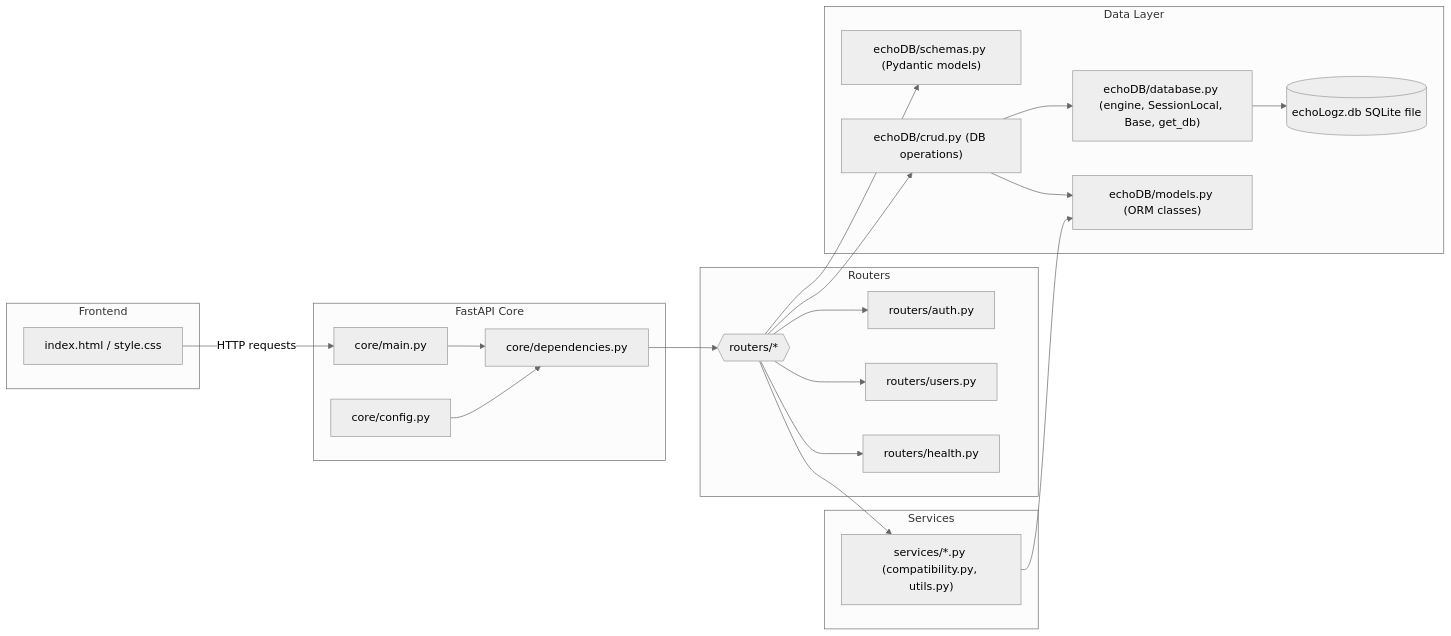
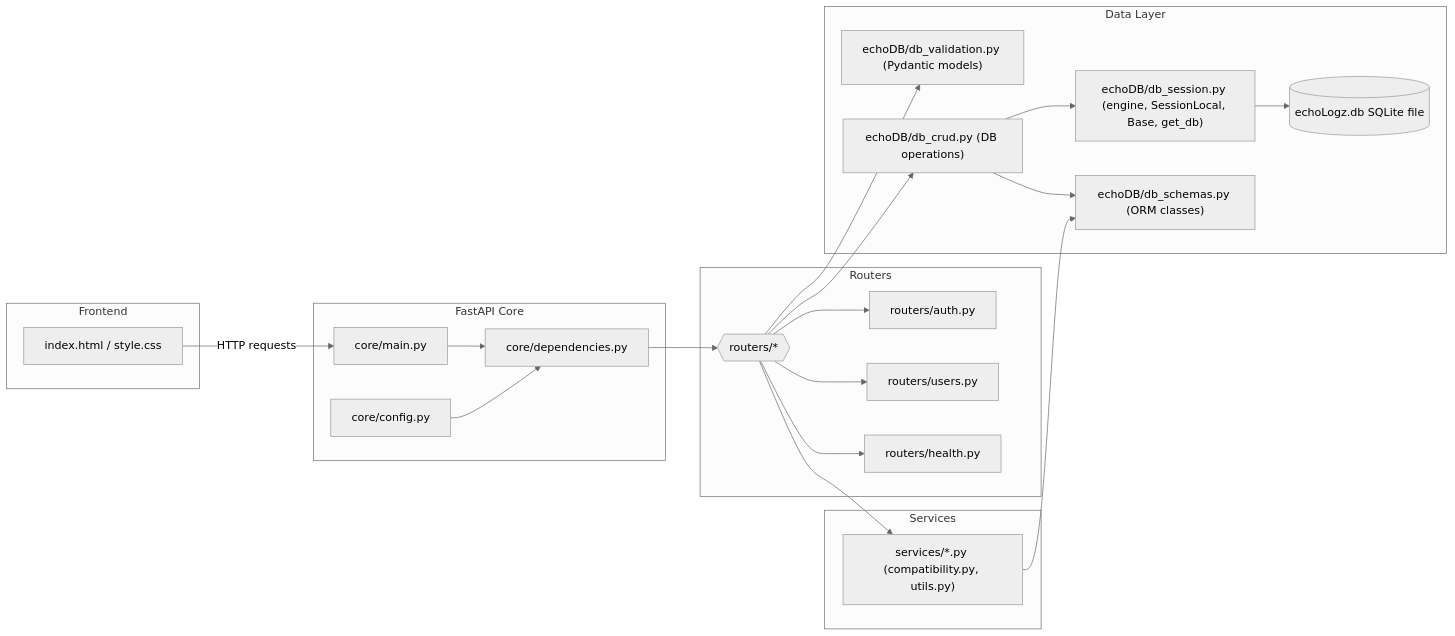
One commit to knland01/TEAM-19---C350 changed the first of 2 diagrams in EchoLogz/flowchart.md. Above: the diagram before and after it, drawn with Mermaid (neutral theme). The commit also changed other lines of this file and 14 other files, not shown here.

````diff
--- a/EchoLogz/flowchart.md
+++ b/EchoLogz/flowchart.md
@@ -1,57 +1,57 @@
 ```mermaid
 flowchart LR
   subgraph Frontend
     FE[index.html / style.css]
   end
 
   subgraph FastAPI Core
     MAIN[core/main.py]
     CFG[core/config.py]
     DEPS[core/dependencies.py]
   end
 
   subgraph Routers
     ROUTERS{{routers/*}}
     AUTH[routers/auth.py]
     USERS[routers/users.py]
     HEALTH[routers/health.py]
   end
 
   subgraph Data Layer
-    DBMOD["echoDB/database.py (engine, SessionLocal, Base, get_db)"]
-    MODELS["echoDB/models.py (ORM classes)"]
-    SCHEMAS["echoDB/schemas.py (Pydantic models)"]
-    CRUD["echoDB/crud.py (DB operations)"]
+    DBMOD["echoDB/db_session.py (engine, SessionLocal, Base, get_db)"]
+    MODELS["echoDB/db_schemas.py (ORM classes)"]
+    SCHEMAS["echoDB/db_validation.py (Pydantic models)"]
+    CRUD["echoDB/db_crud.py (DB operations)"]
     FILEDB[(echoLogz.db SQLite file)]
   end
 
   subgraph Services
     SRV["services/*.py (compatibility.py, utils.py)"]
   end
 
   %% Frontend -> app
   FE -->|HTTP requests| MAIN
 
   %% Core flow you wanted
   MAIN --> DEPS
   CFG --> DEPS
   DEPS --> ROUTERS
 
   %% Routers fan-out
   ROUTERS --> AUTH
   ROUTERS --> USERS
   ROUTERS --> HEALTH
 
   %% Routers use services, schemas, and CRUD
   ROUTERS --> SRV
   ROUTERS --> SCHEMAS
   ROUTERS --> CRUD
 
   %% CRUD & models & DB
   CRUD --> MODELS
   CRUD --> DBMOD
   DBMOD --> FILEDB
 
   %% Services may also use models (optional)
   SRV --> MODELS
 ```
````
